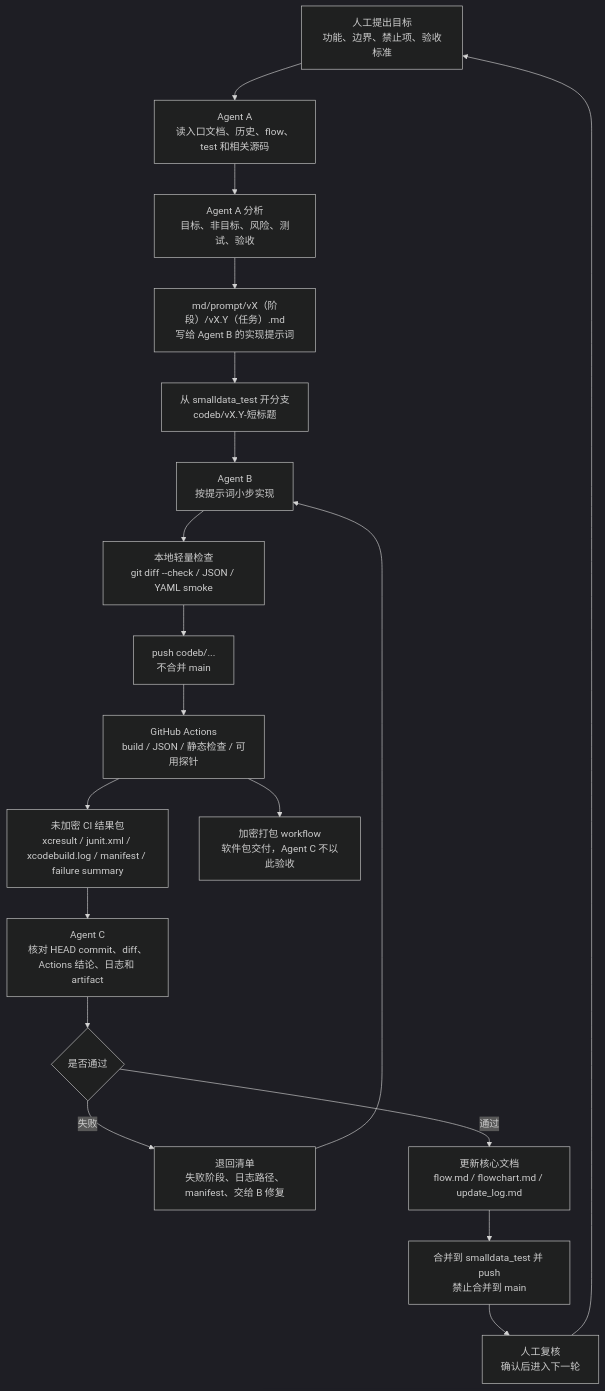
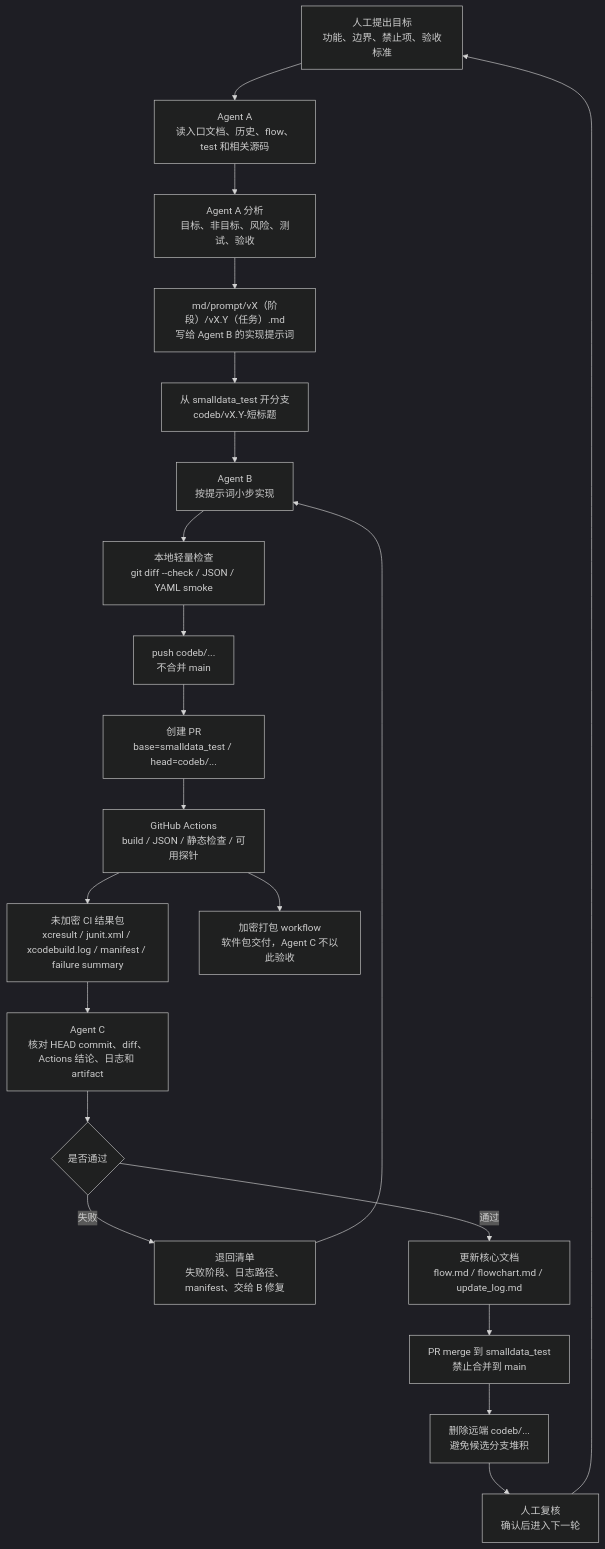
Before and after one commit to bengzhu/project1_lgbt_naxida: the third of 3 diagrams in md/flow/flowchart.md, drawn with Mermaid (dark theme). The commit also changed 4 other files, not shown here.

````diff
--- a/md/flow/flowchart.md
+++ b/md/flow/flowchart.md
@@ -115,32 +115,34 @@
 ```mermaid
 flowchart TD
   %% 人工输入：目标和约束
   H["人工提出目标<br/>功能、边界、禁止项、验收标准"] --> A1["Agent A<br/>读入口文档、历史、flow、test 和相关源码"]
 
   %% Agent A 输出版本化提示词
   A1 --> A2["Agent A 分析<br/>目标、非目标、风险、测试、验收"]
   A2 --> P["md/prompt/vX（阶段）/vX.Y（任务）.md<br/>写给 Agent B 的实现提示词"]
 
   %% Agent B 实现、轻量检查和推送
   P --> B0["从 smalldata_test 开分支<br/>codeb/vX.Y-短标题"]
   B0 --> B1["Agent B<br/>按提示词小步实现"]
   B1 --> B2["本地轻量检查<br/>git diff --check / JSON / YAML smoke"]
   B2 --> B3["push codeb/...<br/>不合并 main"]
+  B3 --> B4["创建 PR<br/>base=smalldata_test / head=codeb/..."]
 
   %% 云端验证和结果包
-  B3 --> G1["GitHub Actions<br/>build / JSON / 静态检查 / 可用探针"]
+  B4 --> G1["GitHub Actions<br/>build / JSON / 静态检查 / 可用探针"]
   G1 --> G2["未加密 CI 结果包<br/>xcresult / junit.xml / xcodebuild.log / manifest / failure summary"]
   G1 --> G3["加密打包 workflow<br/>软件包交付，Agent C 不以此验收"]
 
   %% Agent C 验收和文档同步
   G2 --> C1["Agent C<br/>核对 HEAD commit、diff、Actions 结论、日志和 artifact"]
   C1 --> CFail{"是否通过"}
   CFail -- "失败" --> R["退回清单<br/>失败阶段、日志路径、manifest、交给 B 修复"]
   R --> B1
   CFail -- "通过" --> C2["更新核心文档<br/>flow.md / flowchart.md / update_log.md"]
-  C2 --> C3["合并到 smalldata_test 并 push<br/>禁止合并到 main"]
+  C2 --> C3["PR merge 到 smalldata_test<br/>禁止合并到 main"]
+  C3 --> C4["删除远端 codeb/...<br/>避免候选分支堆积"]
 
   %% 回到人工
-  C3 --> H2["人工复核<br/>确认后进入下一轮"]
+  C4 --> H2["人工复核<br/>确认后进入下一轮"]
   H2 --> H
 ```
````
